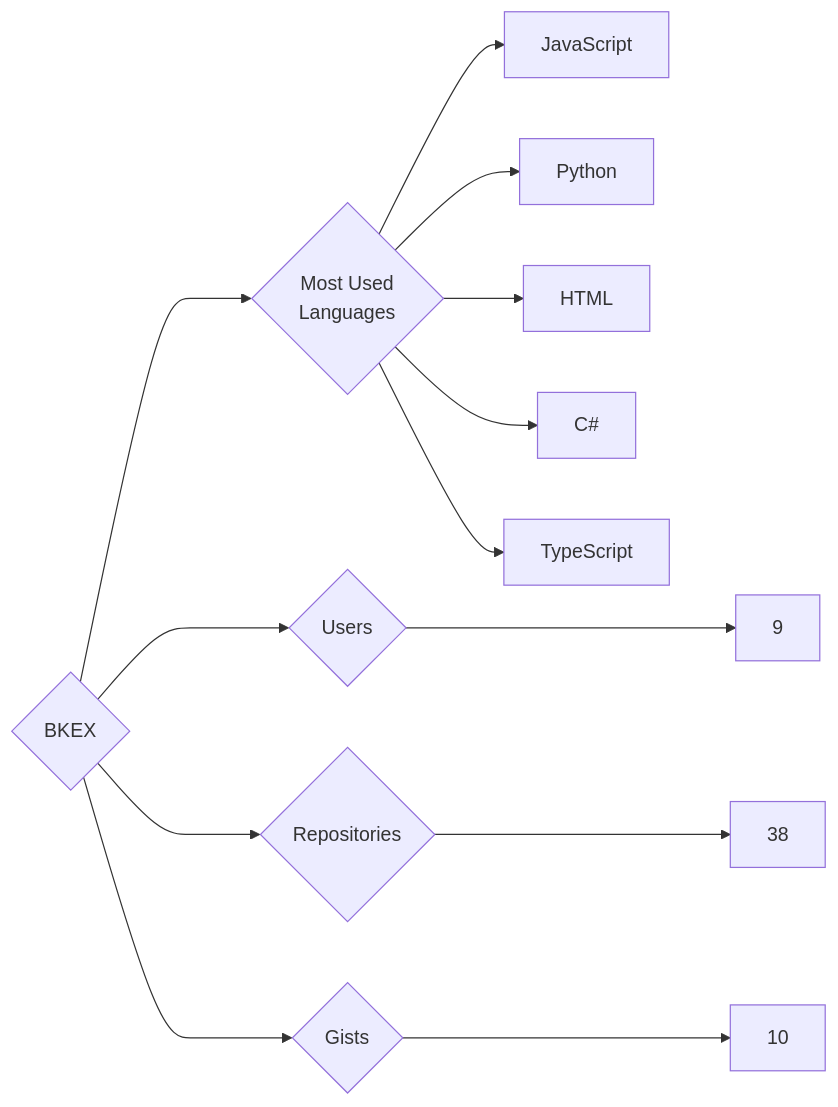
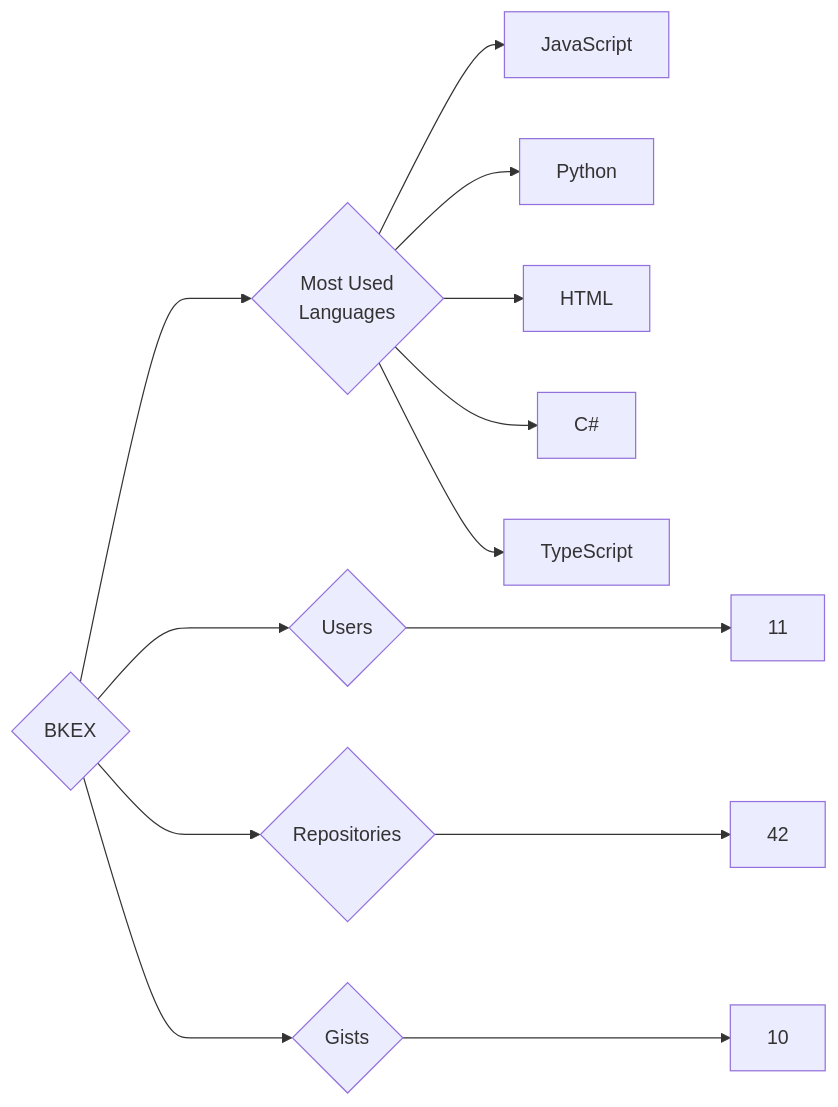
Before and after one commit to trickest/insiders: the diagram in targets/BKEX/README.md, drawn with Mermaid. The commit also changed 1170 other files, not shown here.

````diff
--- a/targets/BKEX/README.md
+++ b/targets/BKEX/README.md
@@ -3,13 +3,13 @@
 ```mermaid
 graph LR
 COMPANY_NAME{BKEX}
-COMPANY_NAME ---> U{Users} ---> UN[9]
-COMPANY_NAME ---> R{Repositories} ---> RN[38]
+COMPANY_NAME ---> U{Users} ---> UN[11]
+COMPANY_NAME ---> R{Repositories} ---> RN[42]
 COMPANY_NAME ---> G{Gists} ---> GN[10]
 COMPANY_NAME ---> ML{Most Used<br>Languages}
 ML --> JavaScript[JavaScript]
 ML --> Python[Python]
 ML --> HTML[HTML]
 ML --> C#[C#]
 ML --> TypeScript[TypeScript]
 ```
````
